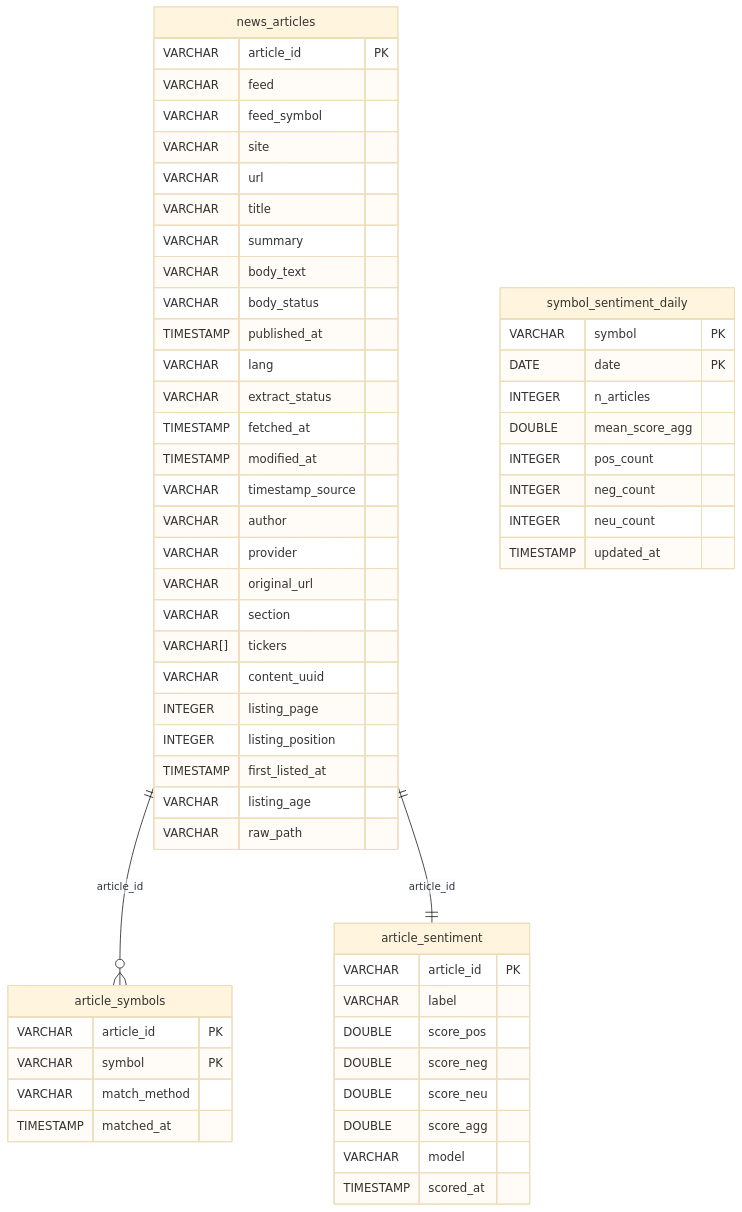
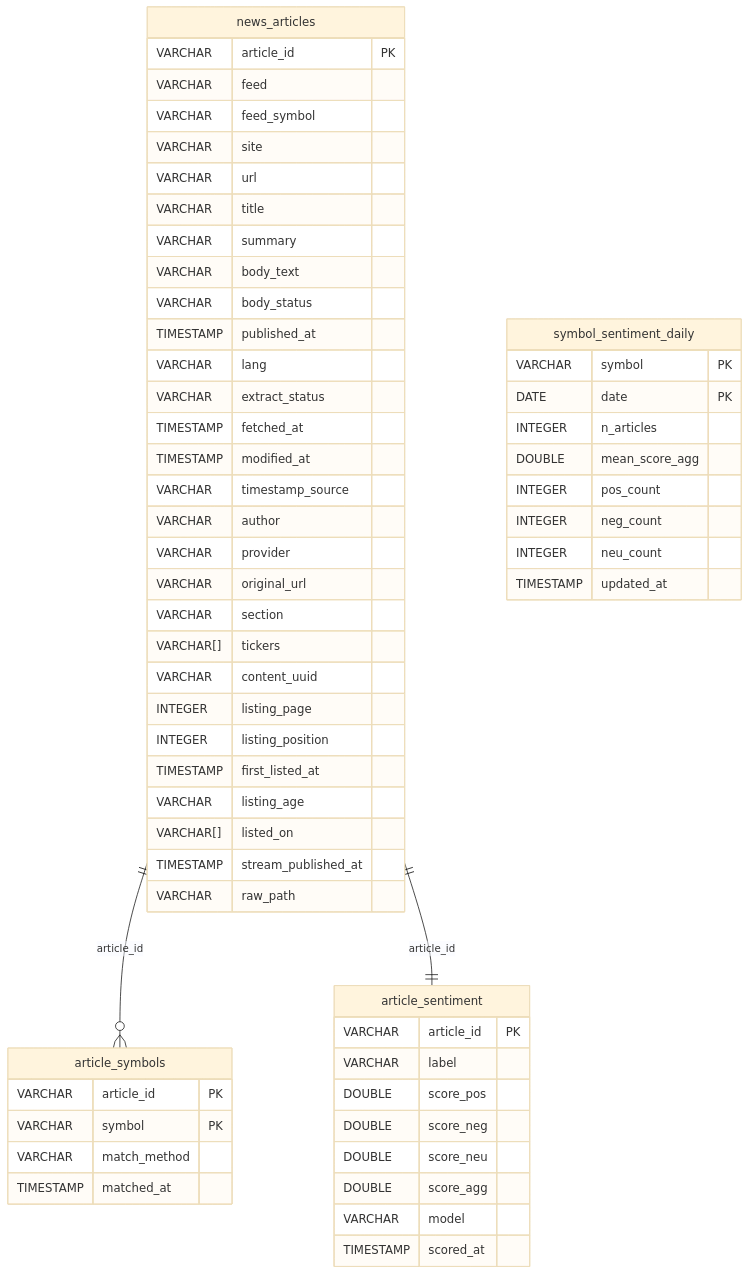
Before and after one commit to vkothandam/MTap: the second of 2 diagrams in docs/database-schema.md, drawn with Mermaid (base theme). The commit also changed other lines of this file and 37 other files, not shown here.

````diff
--- a/docs/database-schema.md
+++ b/docs/database-schema.md
@@ -167,59 +177,61 @@
 ```mermaid
 erDiagram
     article_sentiment {
         VARCHAR article_id PK
         VARCHAR label
         DOUBLE score_pos
         DOUBLE score_neg
         DOUBLE score_neu
         DOUBLE score_agg
         VARCHAR model
         TIMESTAMP scored_at
     }
     article_symbols {
         VARCHAR article_id PK
         VARCHAR symbol PK
         VARCHAR match_method
         TIMESTAMP matched_at
     }
     news_articles {
         VARCHAR article_id PK
         VARCHAR feed
         VARCHAR feed_symbol
         VARCHAR site
         VARCHAR url
         VARCHAR title
         VARCHAR summary
         VARCHAR body_text
         VARCHAR body_status
         TIMESTAMP published_at
         VARCHAR lang
         VARCHAR extract_status
         TIMESTAMP fetched_at
         TIMESTAMP modified_at
         VARCHAR timestamp_source
         VARCHAR author
         VARCHAR provider
         VARCHAR original_url
         VARCHAR section
         VARCHAR[] tickers
         VARCHAR content_uuid
         INTEGER listing_page
         INTEGER listing_position
         TIMESTAMP first_listed_at
         VARCHAR listing_age
+        VARCHAR[] listed_on
+        TIMESTAMP stream_published_at
         VARCHAR raw_path
     }
     symbol_sentiment_daily {
         VARCHAR symbol PK
         DATE date PK
         INTEGER n_articles
         DOUBLE mean_score_agg
         INTEGER pos_count
         INTEGER neg_count
         INTEGER neu_count
         TIMESTAMP updated_at
     }
     news_articles ||--o{ article_symbols : "article_id"
     news_articles ||--|| article_sentiment : "article_id"
 ```
````
